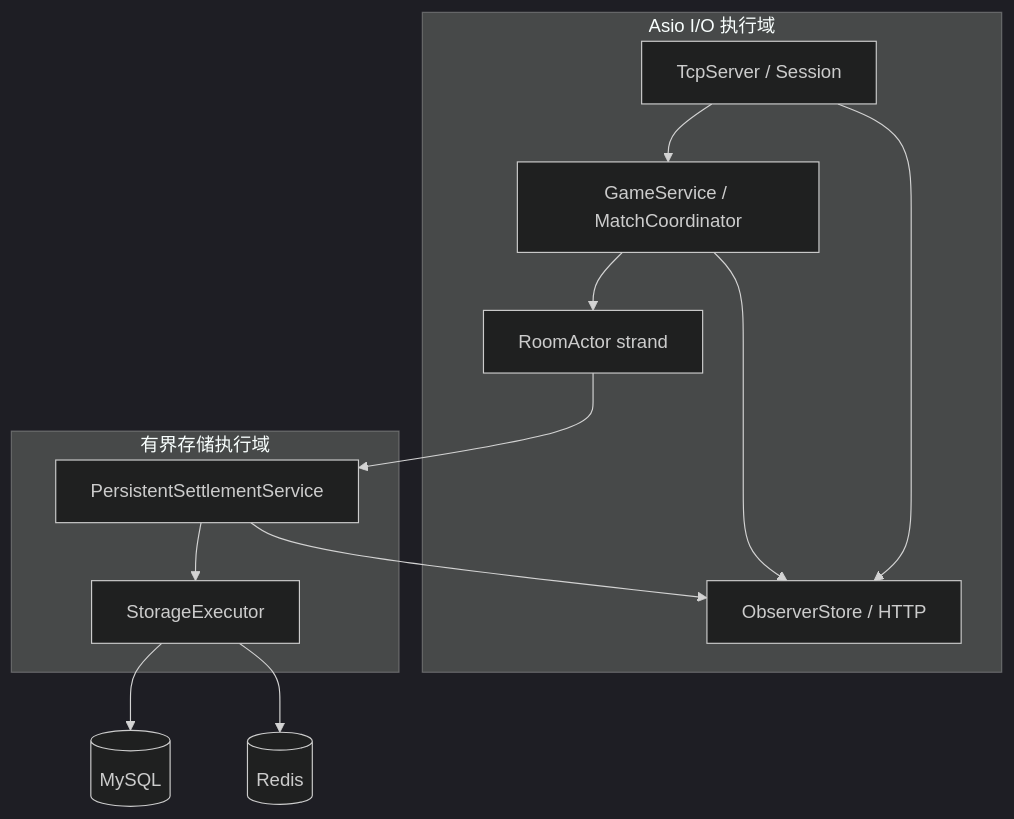
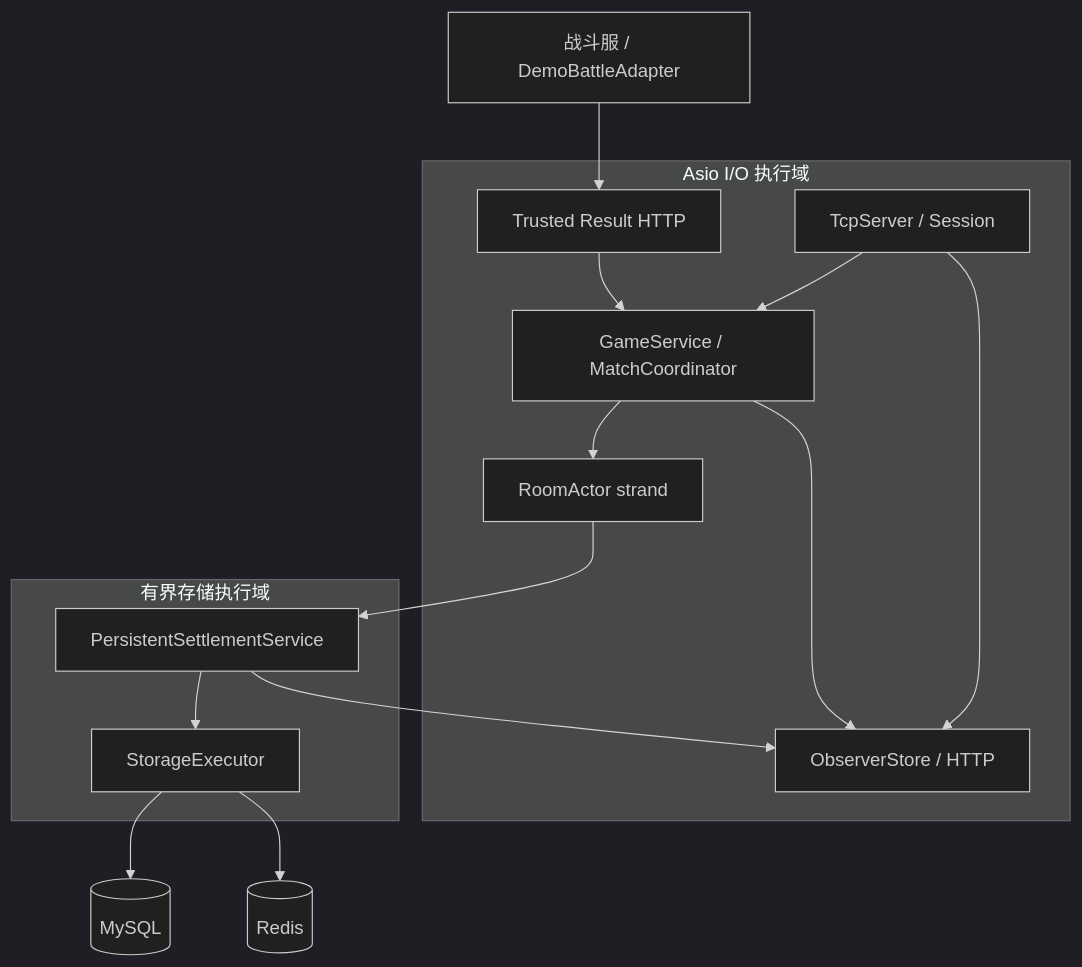
Before and after one commit to jingjie2002/arena-core-server: the diagram in docs/architecture.md, drawn with Mermaid (dark theme). The commit also changed other lines of this file and 65 other files, not shown here.

Commit message:
feat: add trusted match result ingress

````diff
--- a/docs/architecture.md
+++ b/docs/architecture.md
@@ -7,22 +7,25 @@
 ```mermaid
 flowchart TB
   subgraph IO["Asio I/O 执行域"]
     TCP["TcpServer / Session"]
     GAME["GameService / MatchCoordinator"]
     ROOM["RoomActor strand"]
+    RESULT["Trusted Result HTTP"]
     OBS["ObserverStore / HTTP"]
   end
   subgraph STORAGE["有界存储执行域"]
     EXEC["StorageExecutor"]
     SETTLE["PersistentSettlementService"]
   end
   TCP --> GAME
   GAME --> ROOM
+  ADAPTER["战斗服 / DemoBattleAdapter"] --> RESULT
+  RESULT --> GAME
   ROOM --> SETTLE
   SETTLE --> EXEC
   EXEC --> MYSQL[("MySQL")]
   EXEC --> REDIS[("Redis")]
   TCP --> OBS
   GAME --> OBS
   SETTLE --> OBS
 ```
````
